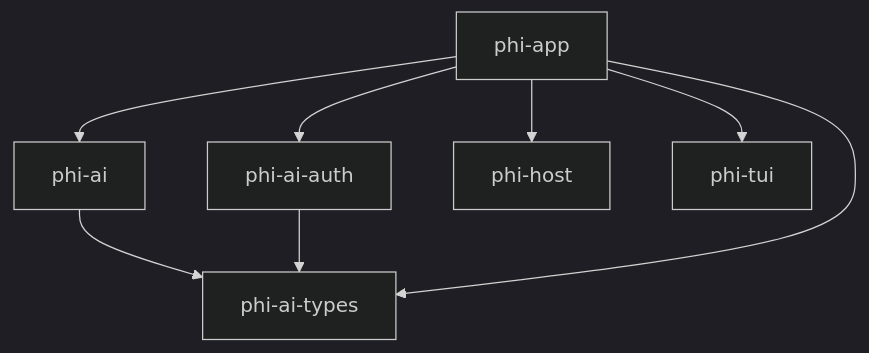
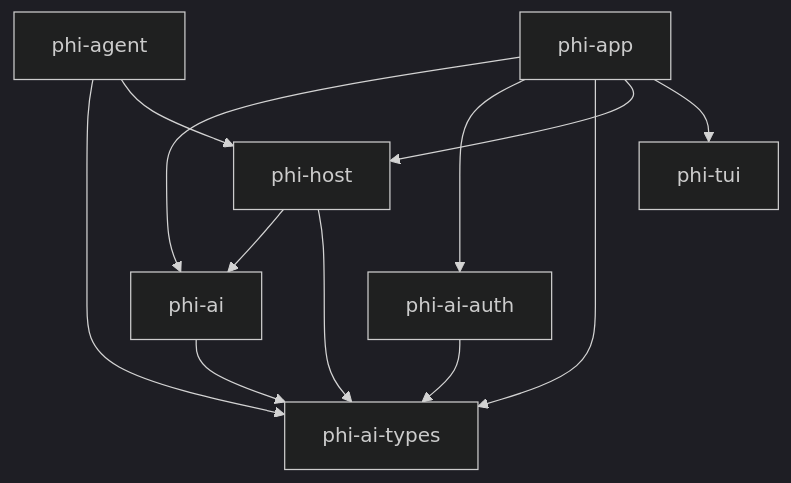
The diagram in ARCHITECTURE.md (y0usaf/phi), drawn with Mermaid (dark theme) before and after one commit. The commit also changed other lines of this file and 17 other files, not shown here.

First line of the commit message:
feat(phi-agent): seed Lua agent contract and host mechanisms (WS4.1)

````diff
--- a/ARCHITECTURE.md
+++ b/ARCHITECTURE.md
@@ -14,10 +14,14 @@
 ```mermaid
 graph TD
+  phi_agent["phi-agent"] --> phi_ai_types["phi-ai-types"]
+  phi_agent["phi-agent"] --> phi_host["phi-host"]
   phi_ai["phi-ai"] --> phi_ai_types["phi-ai-types"]
   phi_ai_auth["phi-ai-auth"] --> phi_ai_types["phi-ai-types"]
   phi_app["phi-app"] --> phi_ai["phi-ai"]
   phi_app["phi-app"] --> phi_ai_auth["phi-ai-auth"]
   phi_app["phi-app"] --> phi_ai_types["phi-ai-types"]
   phi_app["phi-app"] --> phi_host["phi-host"]
   phi_app["phi-app"] --> phi_tui["phi-tui"]
+  phi_host["phi-host"] --> phi_ai["phi-ai"]
+  phi_host["phi-host"] --> phi_ai_types["phi-ai-types"]
 ```
````
